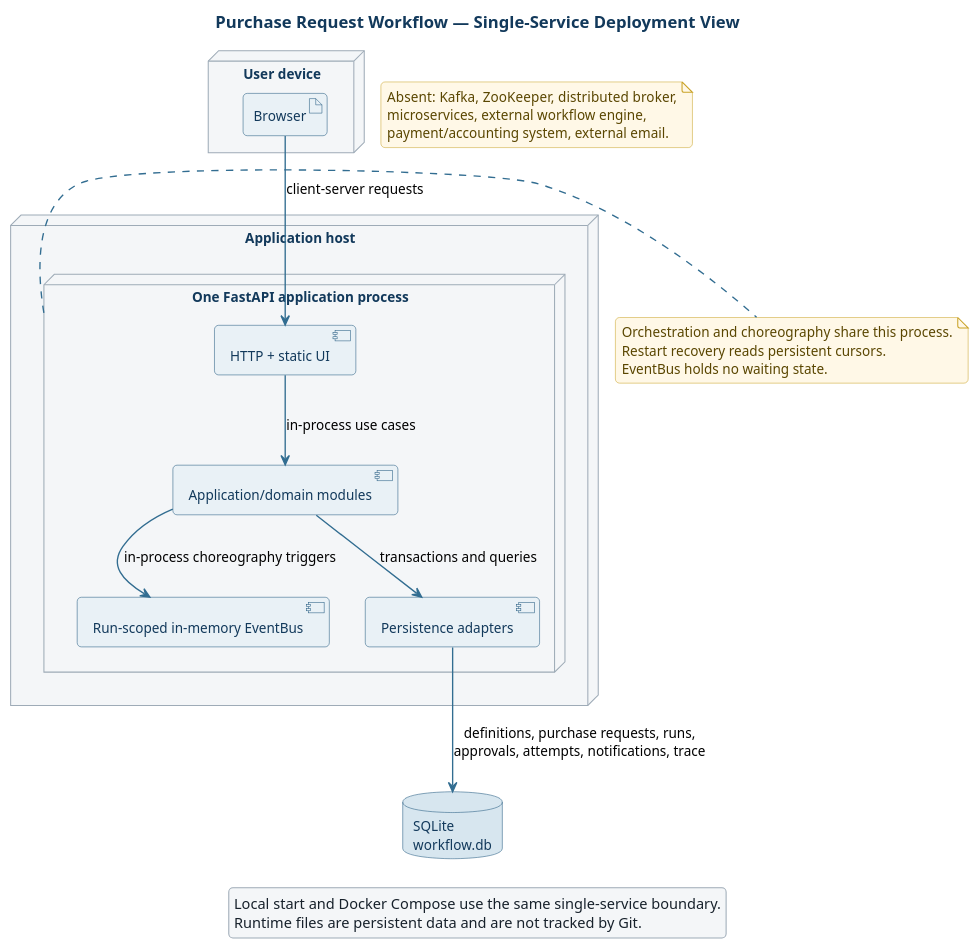
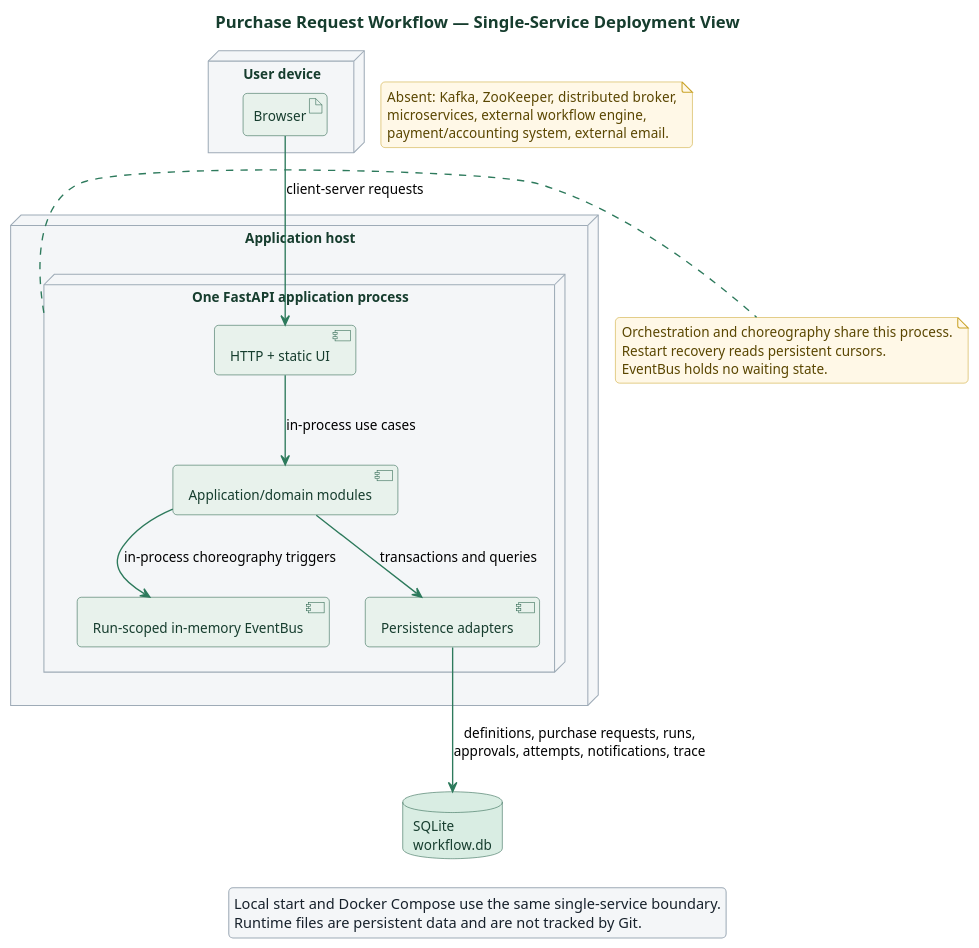
Before and after one commit to MAES1102/WMS: the diagram in docs/architecture/uml/deployment-view.puml, drawn with PlantUML. The commit also changed 33 other files, not shown here.

```diff
--- a/docs/architecture/uml/deployment-view.puml
+++ b/docs/architecture/uml/deployment-view.puml
@@ -1,77 +1,77 @@
 @startuml
 title Purchase Request Workflow — Single-Service Deployment View
 skinparam shadowing false
 skinparam backgroundColor white
 skinparam defaultFontName Helvetica
 skinparam defaultFontSize 13
 skinparam roundcorner 8
-skinparam ArrowColor #326d91
+skinparam ArrowColor #2d7a5c
 skinparam ArrowThickness 1.3
-skinparam titleFontColor #12395b
+skinparam titleFontColor #163d2e
 skinparam titleFontSize 16
 skinparam titleFontStyle bold
 skinparam node {
   BackgroundColor #f4f6f8
   BorderColor #9eabb7
-  FontColor #12395b
+  FontColor #163d2e
 }
 skinparam component {
-  BackgroundColor #e9f1f6
-  BorderColor #1d567d
-  FontColor #12395b
+  BackgroundColor #e8f2ec
+  BorderColor #1f5c44
+  FontColor #163d2e
 }
 skinparam artifact {
-  BackgroundColor #e9f1f6
-  BorderColor #1d567d
-  FontColor #12395b
+  BackgroundColor #e8f2ec
+  BorderColor #1f5c44
+  FontColor #163d2e
 }
 skinparam database {
-  BackgroundColor #d7e6ef
-  BorderColor #1d567d
-  FontColor #12395b
+  BackgroundColor #d9ede3
+  BorderColor #1f5c44
+  FontColor #163d2e
 }
 skinparam note {
   BackgroundColor #fff8e7
   BorderColor #c9a227
   FontColor #5a4600
 }
 skinparam legend {
   BackgroundColor #f4f6f8
   BorderColor #9eabb7
   FontColor #17212b
 }
 
 node "User device" as Client {
   artifact "Browser" as Browser
 }
 
 node "Application host" as Host {
   node "One FastAPI application process" as App {
     component "HTTP + static UI" as HTTP
     component "Application/domain modules" as Core
     component "Run-scoped in-memory EventBus" as EventBus
     component "Persistence adapters" as Persistence
   }
 }
 
 database "SQLite\nworkflow.db" as Database
 
 Browser --> HTTP : client-server requests
 HTTP --> Core : in-process use cases
 Core --> EventBus : in-process choreography triggers
 Core --> Persistence : transactions and queries
 Persistence --> Database : definitions, purchase requests, runs,\napprovals, attempts, notifications, trace
 
 note right of App
 Orchestration and choreography share this process.
 Restart recovery reads persistent cursors.
 EventBus holds no waiting state.
 end note
 
 note "Absent: Kafka, ZooKeeper, distributed broker,\nmicroservices, external workflow engine,\npayment/accounting system, external email." as Exclusions
 
 legend
 Local start and Docker Compose use the same single-service boundary.
 Runtime files are persistent data and are not tracked by Git.
 endlegend
 @enduml
```
